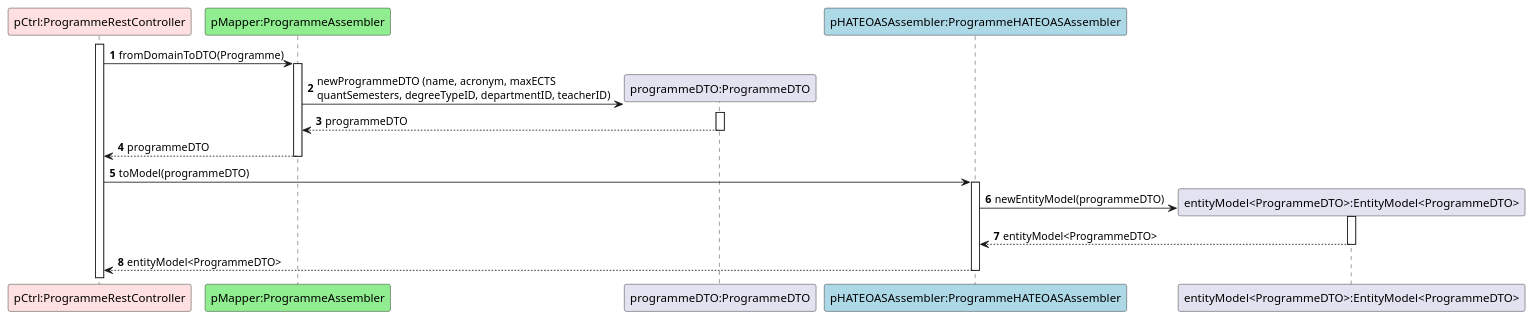
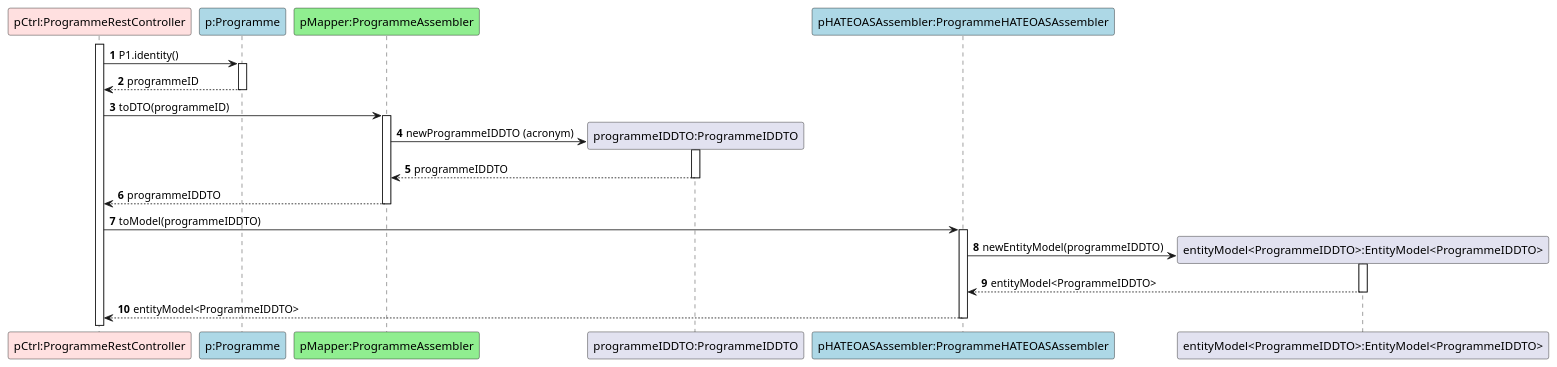
The diagram in docs/US31/ScenarioView/References/Ref-ConvertProgrammeToEntityModel.puml (GasparISEP/DevOps-PAI), drawn with PlantUML before and after one commit. The commit also changed 3 other files, not shown here.

Commit message:
Ref #653: Update diagrams to reflect return of ProgrammeIDDTO with HATEOAS

```diff
--- a/docs/US31/ScenarioView/References/Ref-ConvertProgrammeToEntityModel.puml
+++ b/docs/US31/ScenarioView/References/Ref-ConvertProgrammeToEntityModel.puml
@@ -1,22 +1,25 @@
 @startuml
 autonumber
 
 participant "pCtrl:ProgrammeRestController" as C #implementation
+participant "p:Programme" as P #lightblue
 participant "pMapper:ProgrammeAssembler" as PA #lightgreen
-participant "programmeDTO:ProgrammeDTO" as PDTO
+participant "programmeIDDTO:ProgrammeIDDTO" as PDTO
 participant "pHATEOASAssembler:ProgrammeHATEOASAssembler" as PHA #lightblue
-participant "entityModel<ProgrammeDTO>:EntityModel<ProgrammeDTO>" as EM
+participant "entityModel<ProgrammeIDDTO>:EntityModel<ProgrammeIDDTO>" as EM
 
 activate C
-C -> PA ++: fromDomainToDTO(Programme)
-PA -> PDTO**: newProgrammeDTO (name, acronym, maxECTS \nquantSemesters, degreeTypeID, departmentID, teacherID)
+C -> P ++: P1.identity()
+P --> C --:programmeID
+C -> PA ++: toDTO(programmeID)
+PA -> PDTO**: newProgrammeIDDTO (acronym)
 activate PDTO
-PDTO --> PA--: programmeDTO
-PA --> C--: programmeDTO
-C -> PHA ++: toModel(programmeDTO)
-PHA -> EM**: newEntityModel(programmeDTO)
+PDTO --> PA--: programmeIDDTO
+PA --> C--: programmeIDDTO
+C -> PHA ++: toModel(programmeIDDTO)
+PHA -> EM**: newEntityModel(programmeIDDTO)
 activate EM
-EM --> PHA --: entityModel<ProgrammeDTO>
-PHA --> C --: entityModel<ProgrammeDTO>
+EM --> PHA --: entityModel<ProgrammeIDDTO>
+PHA --> C --: entityModel<ProgrammeIDDTO>
 
 @enduml
```
